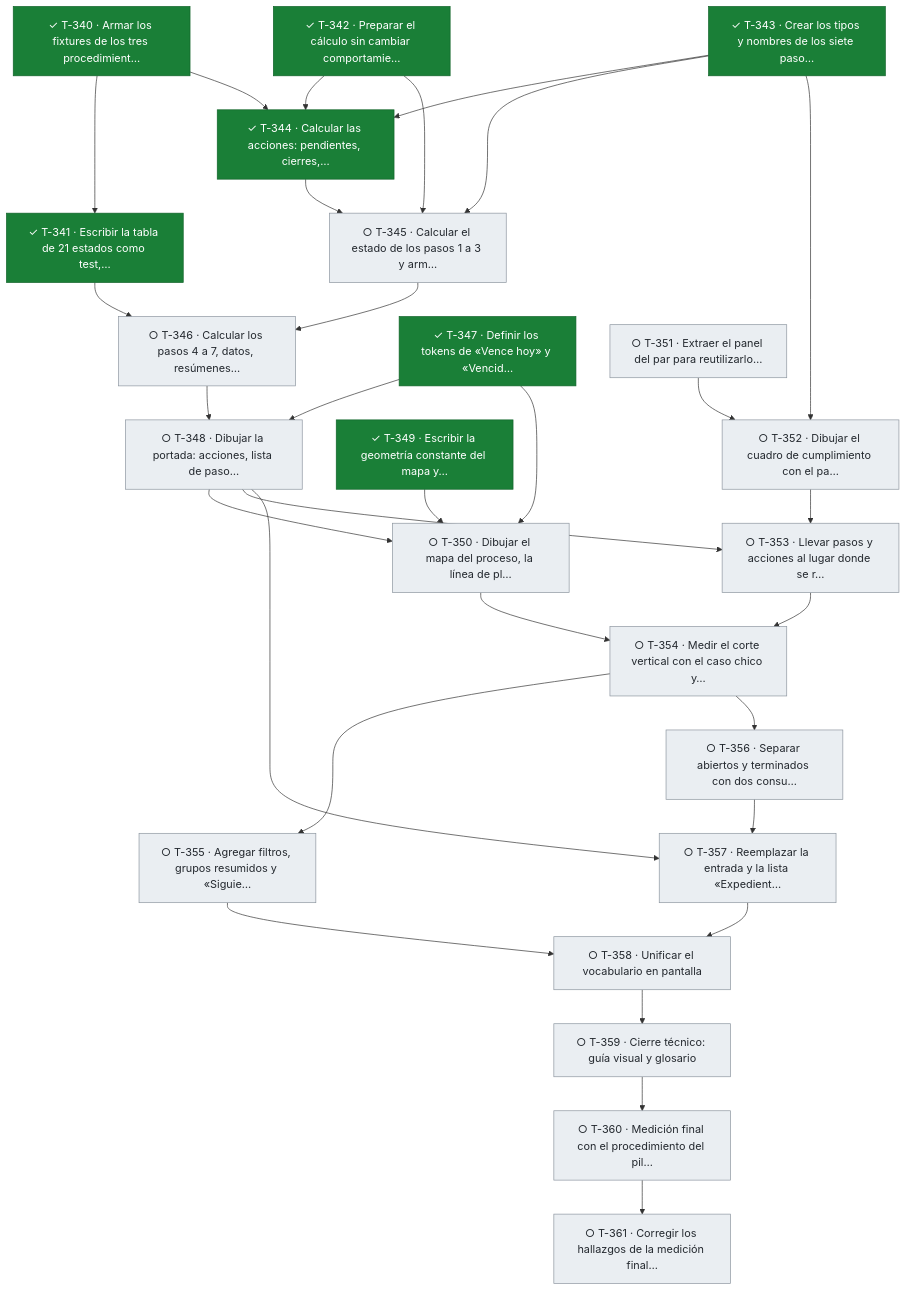
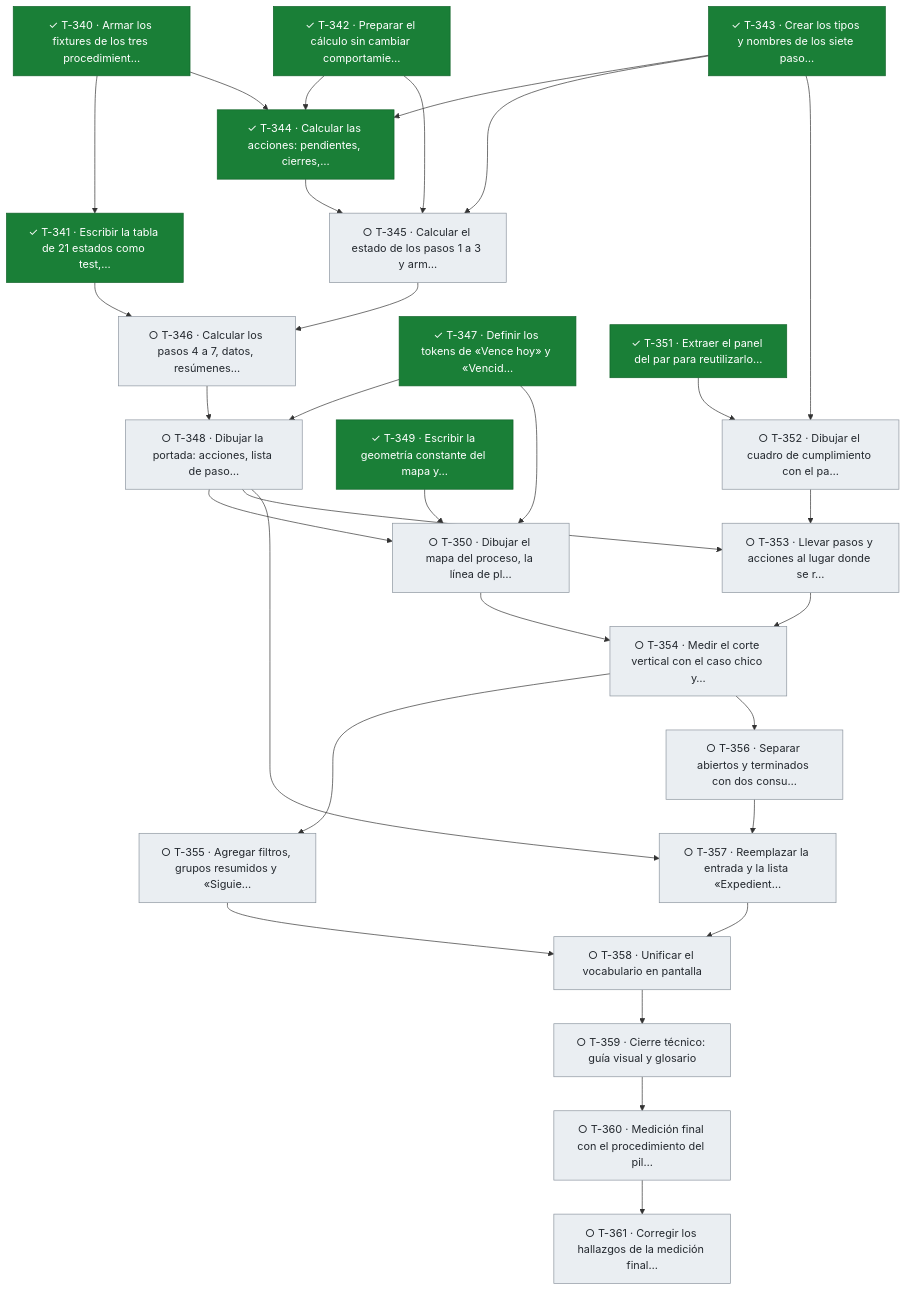
One commit to snavello/EVALUON changed diagram 25 of 25 in docs/tablero.md. Above: the diagram before and after it, drawn with Mermaid. The commit also changed other lines of this file and 1 other file, not shown here.

Commit message:
gestión: T-351 terminada (panel del par reutilizable y regreso al cuadro), avisos y tablero

````diff
--- a/docs/tablero.md
+++ b/docs/tablero.md
@@ -1922,59 +1922,59 @@
 ```mermaid
 flowchart TD
   T340["✓ T-340 · Armar los fixtures de los tres procedimient…"]:::done
   T341["✓ T-341 · Escribir la tabla de 21 estados como test,…"]:::done
   T342["✓ T-342 · Preparar el cálculo sin cambiar comportamie…"]:::done
   T343["✓ T-343 · Crear los tipos y nombres de los siete paso…"]:::done
   T344["✓ T-344 · Calcular las acciones: pendientes, cierres,…"]:::done
   T345["○ T-345 · Calcular el estado de los pasos 1 a 3 y arm…"]:::todo
   T346["○ T-346 · Calcular los pasos 4 a 7, datos, resúmenes…"]:::todo
   T347["✓ T-347 · Definir los tokens de «Vence hoy» y «Vencid…"]:::done
   T348["○ T-348 · Dibujar la portada: acciones, lista de paso…"]:::todo
   T349["✓ T-349 · Escribir la geometría constante del mapa y…"]:::done
   T350["○ T-350 · Dibujar el mapa del proceso, la línea de pl…"]:::todo
-  T351["○ T-351 · Extraer el panel del par para reutilizarlo…"]:::todo
+  T351["✓ T-351 · Extraer el panel del par para reutilizarlo…"]:::done
   T352["○ T-352 · Dibujar el cuadro de cumplimiento con el pa…"]:::todo
   T353["○ T-353 · Llevar pasos y acciones al lugar donde se r…"]:::todo
   T354["○ T-354 · Medir el corte vertical con el caso chico y…"]:::todo
   T355["○ T-355 · Agregar filtros, grupos resumidos y «Siguie…"]:::todo
   T356["○ T-356 · Separar abiertos y terminados con dos consu…"]:::todo
   T357["○ T-357 · Reemplazar la entrada y la lista «Expedient…"]:::todo
   T358["○ T-358 · Unificar el vocabulario en pantalla"]:::todo
   T359["○ T-359 · Cierre técnico: guía visual y glosario"]:::todo
   T360["○ T-360 · Medición final con el procedimiento del pil…"]:::todo
   T361["○ T-361 · Corregir los hallazgos de la medición final…"]:::todo
   T340 --> T341
   T340 --> T344
   T342 --> T344
   T343 --> T344
   T342 --> T345
   T343 --> T345
   T344 --> T345
   T341 --> T346
   T345 --> T346
   T346 --> T348
   T347 --> T348
   T347 --> T350
   T348 --> T350
   T349 --> T350
   T343 --> T352
   T351 --> T352
   T348 --> T353
   T352 --> T353
   T350 --> T354
   T353 --> T354
   T354 --> T355
   T354 --> T356
   T348 --> T357
   T356 --> T357
   T355 --> T358
   T357 --> T358
   T358 --> T359
   T359 --> T360
   T360 --> T361
   classDef done fill:#1a7f37,stroke:#116329,color:#ffffff
   classDef review fill:#0969da,stroke:#0550ae,color:#ffffff
   classDef active fill:#bf8700,stroke:#7d4e00,color:#ffffff
   classDef blocked fill:#cf222e,stroke:#a40e26,color:#ffffff
   classDef todo fill:#eaeef2,stroke:#8c959f,color:#24292f
 ```
````
